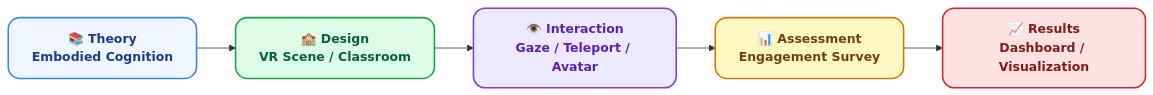
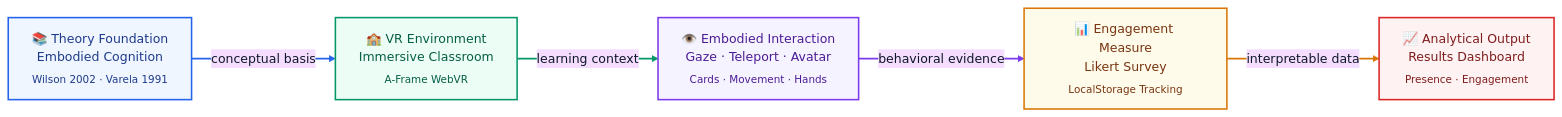
Before and after one commit to sara6v6/vr-embodied-learning: the first of 2 diagrams in README.md, drawn with Mermaid. The commit also changed other lines of this file, not shown here.

````diff
--- a/README.md
+++ b/README.md
@@ -22,25 +22,32 @@
 ```mermaid
+%%{init: {"theme": "base", "themeVariables": {"fontFamily": "Inter, Arial, sans-serif", "background": "#ffffff", "primaryTextColor": "#0f172a", "lineColor": "#64748b"}}}%%
+
 flowchart LR
-    %% 节点
-    A["📚 Theory<br>Embodied Cognition"] 
-    B["🏫 Design<br>VR Scene / Classroom"] 
-    C["👁️ Interaction<br>Gaze / Teleport / Avatar"] 
-    D["📊 Assessment<br>Engagement Survey"] 
-    E["📈 Results<br>Dashboard / Visualization"]
+    A["📚 Theory Foundation<br/>Embodied Cognition<br/><sub>Wilson 2002 · Varela 1991</sub>"]
+    B["🏫 VR Environment<br/>Immersive Classroom<br/><sub>A-Frame WebVR</sub>"]
+    C["👁️ Embodied Interaction<br/>Gaze · Teleport · Avatar<br/><sub>Cards · Movement · Hands</sub>"]
+    D["📊 Engagement Measure<br/>Likert Survey<br/><sub>LocalStorage Tracking</sub>"]
+    E["📈 Analytical Output<br/>Results Dashboard<br/><sub>Presence · Engagement</sub>"]
 
-    %% 流程
-    A --> B --> C --> D --> E
+    A -->|conceptual basis| B
+    B -->|learning context| C
+    C -->|behavioral evidence| D
+    D -->|interpretable data| E
 
-    %% 样式
-    classDef theory fill:#eff6ff,color:#1e3a8a,stroke:#3b82f6,stroke-width:2px,rx:15,ry:15,font-weight:bold;
-    classDef design fill:#dcfce7,color:#065f46,stroke:#16a34a,stroke-width:2px,rx:15,ry:15,font-weight:bold;
-    classDef interaction fill:#ede9fe,color:#5b21b6,stroke:#7c3aed,stroke-width:2px,rx:15,ry:15,font-weight:bold;
-    classDef assessment fill:#fef9c3,color:#713f12,stroke:#d97706,stroke-width:2px,rx:15,ry:15,font-weight:bold;
-    classDef results fill:#fee2e2,color:#7f1d1d,stroke:#dc2626,stroke-width:2px,rx:15,ry:15,font-weight:bold;
+    classDef theory fill:#eff6ff,color:#1e3a8a,stroke:#2563eb,stroke-width:2px;
+    classDef design fill:#ecfdf5,color:#065f46,stroke:#059669,stroke-width:2px;
+    classDef interaction fill:#f5f3ff,color:#4c1d95,stroke:#7c3aed,stroke-width:2px;
+    classDef assessment fill:#fffbeb,color:#78350f,stroke:#d97706,stroke-width:2px;
+    classDef output fill:#fef2f2,color:#7f1d1d,stroke:#dc2626,stroke-width:2px;
 
-    class A theory
-    class B design
-    class C interaction
-    class D assessment
-    class E results
+    class A theory;
+    class B design;
+    class C interaction;
+    class D assessment;
+    class E output;
+
+    linkStyle 0 stroke:#2563eb,stroke-width:2px;
+    linkStyle 1 stroke:#059669,stroke-width:2px;
+    linkStyle 2 stroke:#7c3aed,stroke-width:2px;
+    linkStyle 3 stroke:#d97706,stroke-width:2px;
 ```
````
